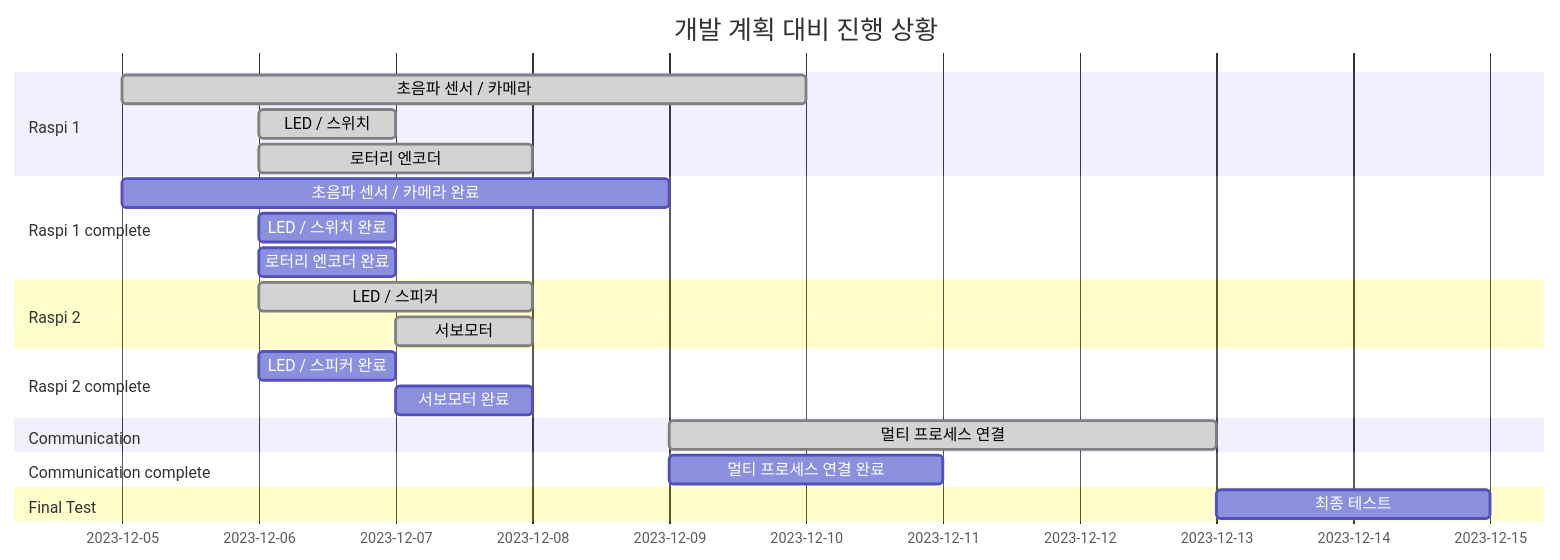
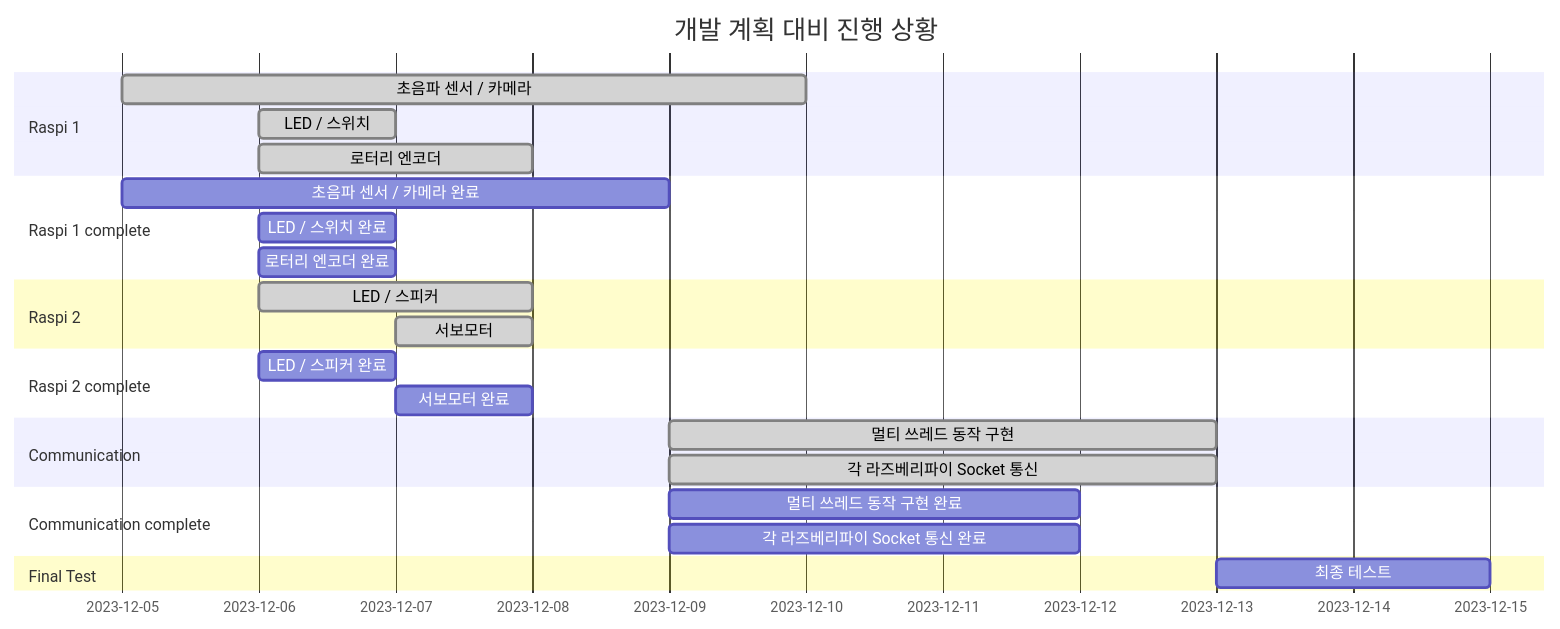
The diagram in README.md (ES-TEAM-0201/Final_Project), drawn with Mermaid before and after one commit. The commit also changed other lines of this file, not shown here.

````diff
--- a/README.md
+++ b/README.md
@@ -83,33 +83,35 @@
 ```mermaid
 gantt
     title 개발 계획 대비 진행 상황
     dateFormat  YYYY-MM-DD
     section Raspi 1
     초음파 센서 / 카메라  : done, 2023-12-05, 5d
     LED / 스위치 : done, 2023-12-06, 1d
     로터리 엔코더 : done, 2023-12-06, 2d
 
     %% 일찍 구현된 부분 추가
     section Raspi 1 complete
     초음파 센서 / 카메라 완료  : 2023-12-05, 4d
     LED / 스위치 완료 : 2023-12-06, 1d
     로터리 엔코더 완료 : 2023-12-06, 1d
 
     section Raspi 2
     LED / 스피커 : done, 2023-12-06, 2d
     서보모터 : done, 2023-12-07, 1d
 
     %% 일찍 구현된 부분 추가
     section Raspi 2 complete
     LED / 스피커 완료 : 2023-12-06, 1d
     서보모터 완료 : 2023-12-07, 1d
 
     section Communication
-    멀티 프로세스 연결 : done, 2023-12-09, 4d
+    멀티 쓰레드 동작 구현 : done, 2023-12-09, 4d
+    각 라즈베리파이 Socket 통신 : done, 2023-12-09, 4d
 
     section Communication complete
-    멀티 프로세스 연결 완료 : 2023-12-09, 2d
+    멀티 쓰레드 동작 구현 완료 : 2023-12-09, 3d
+    각 라즈베리파이 Socket 통신 완료 : 2023-12-09, 3d
 
     section Final Test
     최종 테스트 : 2023-12-13, 2d
 ```
````
